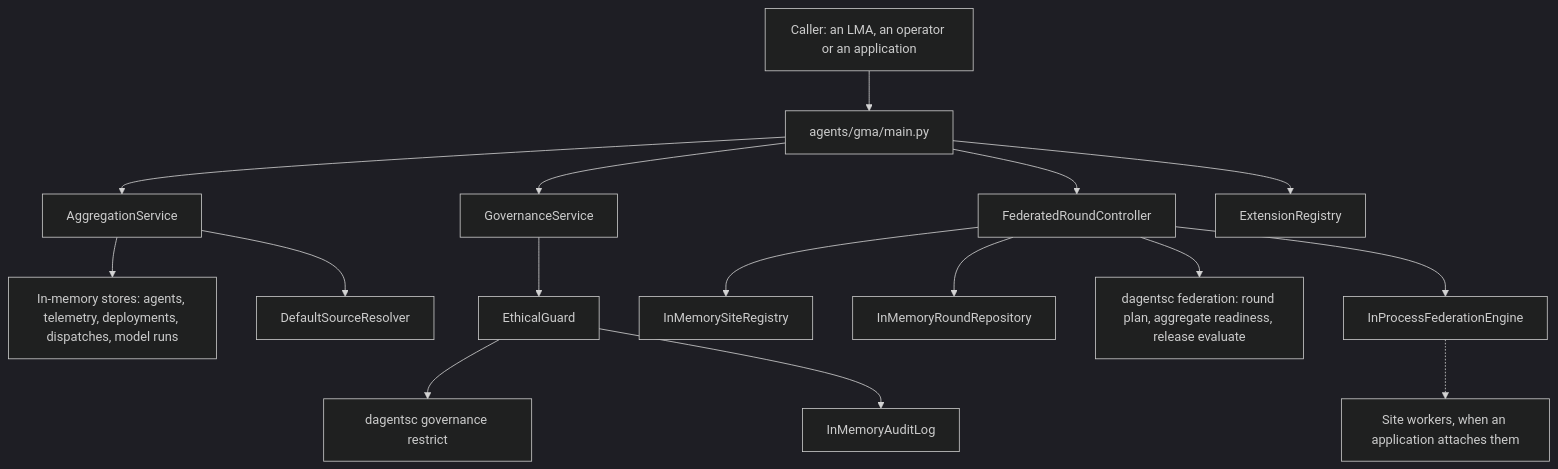
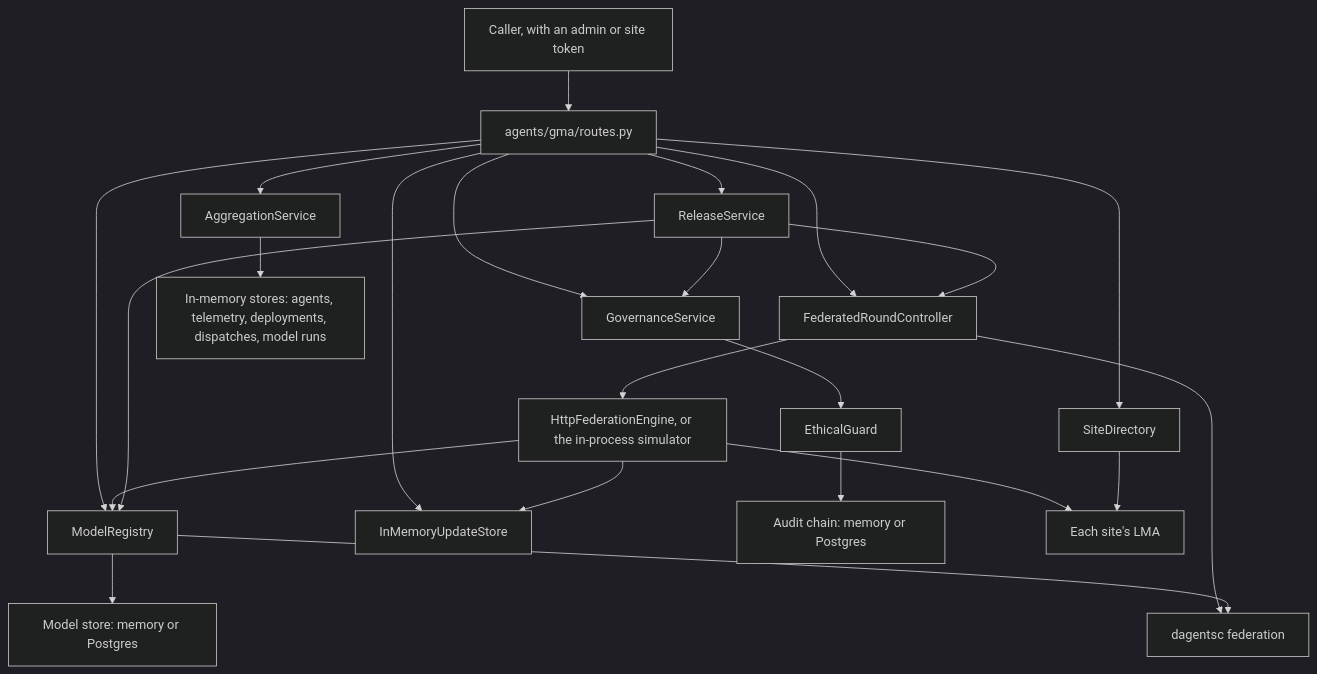
One commit to pradyunuydarp/Dagents changed the eighth of 12 diagrams in docs/reference/api/agents.md. Above: the diagram before and after it, drawn with Mermaid (dark theme). The commit also changed other lines of this file and 129 other files, not shown here.

First line of the commit message:
Give the LMA a site mode and let the GMA run rounds over HTTP

````diff
--- a/docs/reference/api/agents.md
+++ b/docs/reference/api/agents.md
@@ -866,18 +1516,25 @@
 ```mermaid
 flowchart TB
-    Caller["Caller: an LMA, an operator or an application"] --> Routes["agents/gma/main.py"]
+    Caller["Caller, with an admin or site token"] --> Routes["agents/gma/routes.py"]
     Routes --> Aggregation["AggregationService"]
     Routes --> Governance["GovernanceService"]
     Routes --> Rounds["FederatedRoundController"]
-    Routes --> Registry["ExtensionRegistry"]
+    Routes --> Directory["SiteDirectory"]
+    Routes --> Models["ModelRegistry"]
+    Routes --> Updates["InMemoryUpdateStore"]
+    Routes --> Releases["ReleaseService"]
     Aggregation --> Stores["In-memory stores: agents, telemetry, deployments, dispatches, model runs"]
-    Aggregation --> Resolver["DefaultSourceResolver"]
     Governance --> Guard["EthicalGuard"]
-    Guard --> Restrict["dagentsc governance restrict"]
-    Guard --> Audit["InMemoryAuditLog"]
-    Rounds --> Sites["InMemorySiteRegistry"]
-    Rounds --> RoundStore["InMemoryRoundRepository"]
-    Rounds --> Federation["dagentsc federation: round plan, aggregate readiness, release evaluate"]
-    Rounds --> Engine["InProcessFederationEngine"]
-    Engine -.-> Workers["Site workers, when an application attaches them"]
+    Guard --> Audit["Audit chain: memory or Postgres"]
+    Rounds --> Engine["HttpFederationEngine, or the in-process simulator"]
+    Engine --> LMAs["Each site's LMA"]
+    Engine --> Updates
+    Engine --> Models
+    Directory --> LMAs
+    Models --> ModelStore["Model store: memory or Postgres"]
+    Releases --> Rounds
+    Releases --> Models
+    Releases --> Governance
+    Rounds --> Federation["dagentsc federation"]
+    Models --> Federation
 ```
````
